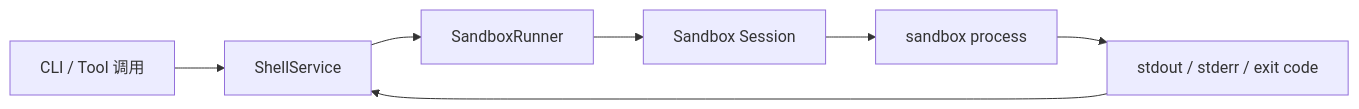
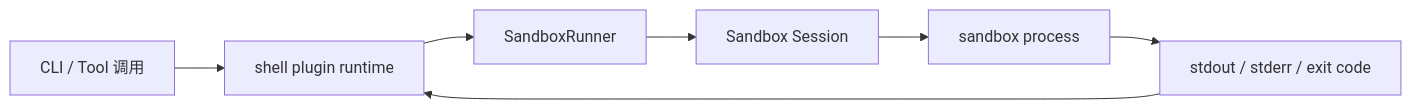
Before and after one commit to wangenius/downcity: the diagram in homepage/content/devdocs/zh/package/console-sandbox-module.mdx, drawn with Mermaid. The commit also changed other lines of this file and 433 other files, not shown here.

Commit message:
refactor(agent,city): unify plugin-session architecture

````diff
--- a/homepage/content/devdocs/zh/package/console-sandbox-module.mdx
+++ b/homepage/content/devdocs/zh/package/console-sandbox-module.mdx
@@ -172,9 +172,9 @@
 ```mermaid
 flowchart LR
-  U["CLI / Tool 调用"] --> S["ShellService"]
+  U["CLI / Tool 调用"] --> S["shell plugin runtime"]
   S --> R["SandboxRunner"]
   R --> X["Sandbox Session"]
   X --> P["sandbox process"]
   P --> O["stdout / stderr / exit code"]
   O --> S
 ```
````
